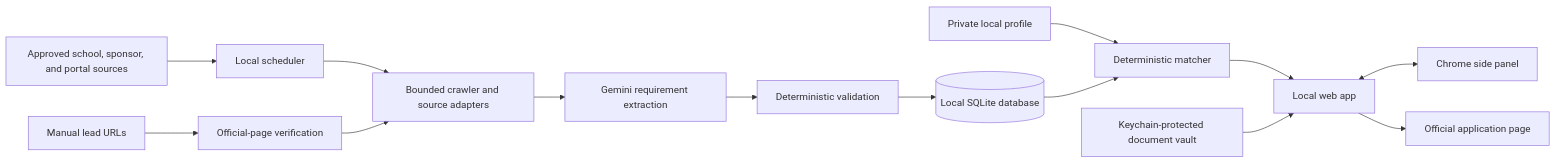
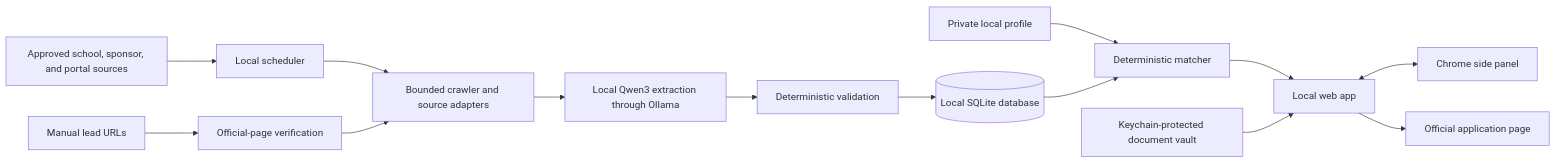
The diagram in README.md (ajiang05/Pathaid), drawn with Mermaid before and after one commit. The commit also changed other lines of this file and 31 other files, not shown here.

````diff
--- a/README.md
+++ b/README.md
@@ -97,16 +97,16 @@
 ```mermaid
 flowchart LR
     Sources[Approved school, sponsor, and portal sources] --> Scheduler[Local scheduler]
     Leads[Manual lead URLs] --> Verify[Official-page verification]
     Scheduler --> Crawl[Bounded crawler and source adapters]
     Verify --> Crawl
-    Crawl --> Extract[Gemini requirement extraction]
+    Crawl --> Extract[Local Qwen3 extraction through Ollama]
     Extract --> Validate[Deterministic validation]
     Validate --> DB[(Local SQLite database)]
     Profile[Private local profile] --> Match[Deterministic matcher]
     DB --> Match
     Match --> Web[Local web app]
     Web <--> Extension[Chrome side panel]
     Vault[Keychain-protected document vault] --> Web
     Web --> Official[Official application page]
 ```
````
